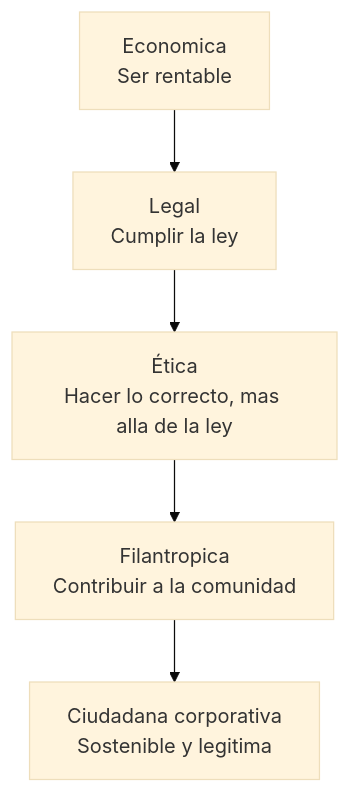
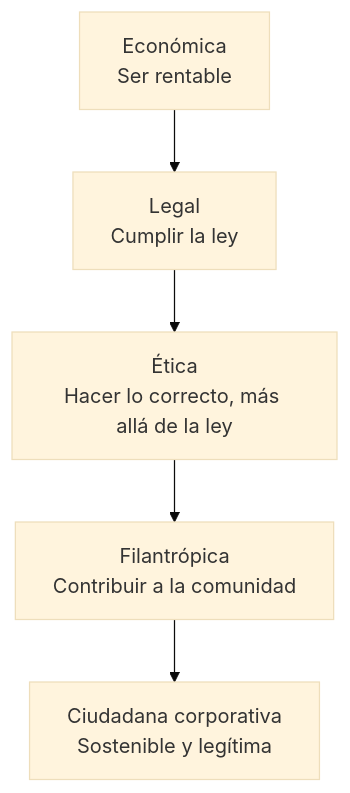
Before and after one commit to Mateo-404/AGI: the first of 3 diagrams in contenido/gestion-ventas/lecciones/l8-1.md, drawn with Mermaid (base theme). The commit also changed other lines of this file and 51 other files, not shown here.

First line of the commit message:
gestion-ventas: fix mermaid diagrams, referencias format, and interactive blocks

````diff
--- a/contenido/gestion-ventas/lecciones/l8-1.md
+++ b/contenido/gestion-ventas/lecciones/l8-1.md
@@ -26,7 +26,7 @@
-```mermaid Piramide de Carroll (RSE)
+```mermaid Pirámide de Carroll (RSE)
 flowchart TD
-  E1[Economica<br/>Ser rentable] --> L1
+  E1[Económica<br/>Ser rentable] --> L1
   L1[Legal<br/>Cumplir la ley] --> E2
-  E2[Ética<br/>Hacer lo correcto, mas alla de la ley] --> F1
-  F1[Filantropica<br/>Contribuir a la comunidad] --> Top[Ciudadana corporativa<br/>Sostenible y legitima]
+  E2[Ética<br/>Hacer lo correcto, más allá de la ley] --> F1
+  F1[Filantrópica<br/>Contribuir a la comunidad] --> Top[Ciudadana corporativa<br/>Sostenible y legítima]
 ```
````
